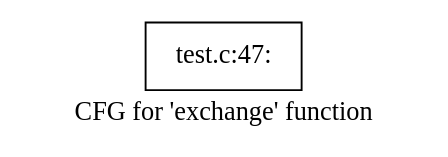
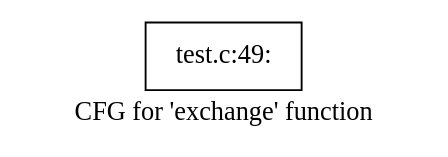
One commit to williamslay/NJUPT_Bachelor changed the diagram in testing/temp/dot-files/cfg.exchange.dot. Above: the diagram before and after it, drawn with Graphviz. The commit also changed 34 other files, not shown here.

```diff
--- a/testing/temp/dot-files/cfg.exchange.dot
+++ b/testing/temp/dot-files/cfg.exchange.dot
@@ -1,5 +1,5 @@
 digraph "CFG for 'exchange' function" {
 	label="CFG for 'exchange' function";
 
-	Node0x55c0d66bfe30 [shape=record,label="{test.c:47:}"];
+	Node0x561f1adadf30 [shape=record,label="{test.c:49:}"];
 }
```
